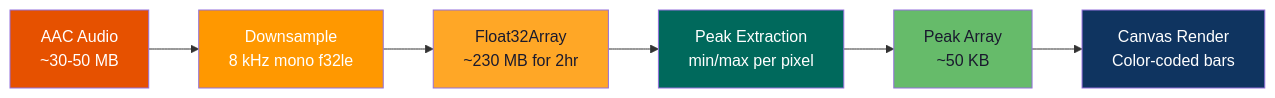
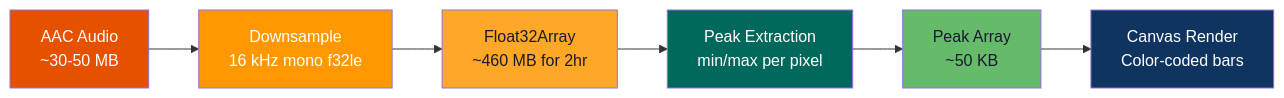
The fifth of 7 diagrams in docs/blog-post.md (gjovanov/audio-waveform), drawn with Mermaid before and after one commit. The commit also changed other lines of this file and 5 other files, not shown here.

````diff
--- a/docs/blog-post.md
+++ b/docs/blog-post.md
@@ -201,15 +201,15 @@
 ```mermaid
 flowchart LR
-    AAC["AAC Audio<br/>~30-50 MB"] --> DS["Downsample<br/>8 kHz mono f32le"]
-    DS --> PCM["Float32Array<br/>~230 MB for 2hr"]
+    AAC["AAC Audio<br/>~30-50 MB"] --> DS["Downsample<br/>16 kHz mono f32le"]
+    DS --> PCM["Float32Array<br/>~460 MB for 2hr"]
     PCM --> PEAKS["Peak Extraction<br/>min/max per pixel"]
     PEAKS --> DATA["Peak Array<br/>~50 KB"]
     DATA --> CANVAS["Canvas Render<br/>Color-coded bars"]
 
     style AAC fill:#e65100,color:#fff
     style DS fill:#ff9800,color:#fff
     style PCM fill:#ffa726,color:#1a1a2e
     style PEAKS fill:#00695c,color:#fff
     style DATA fill:#66bb6a,color:#1a1a2e
     style CANVAS fill:#0f3460,color:#fff
 ```
````
